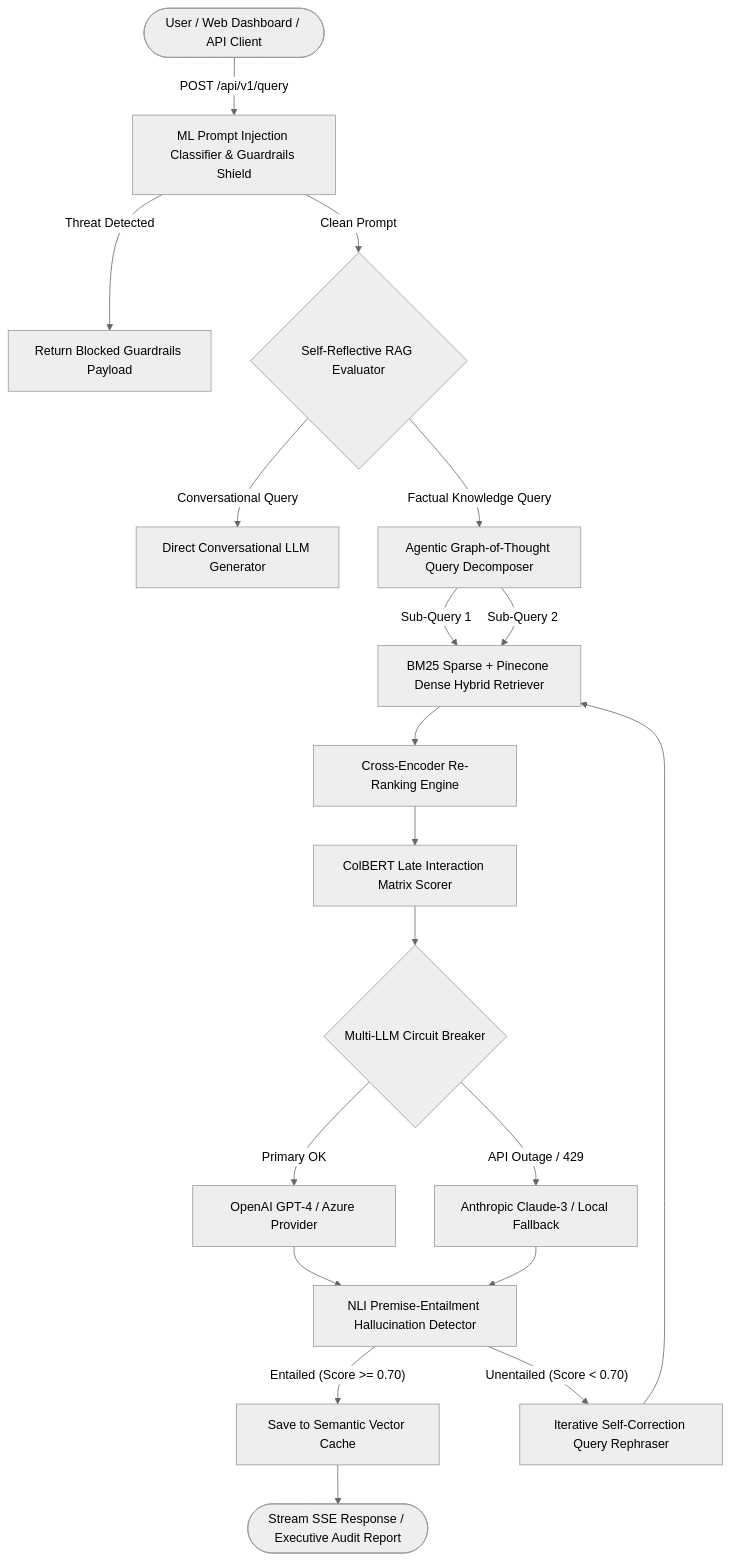
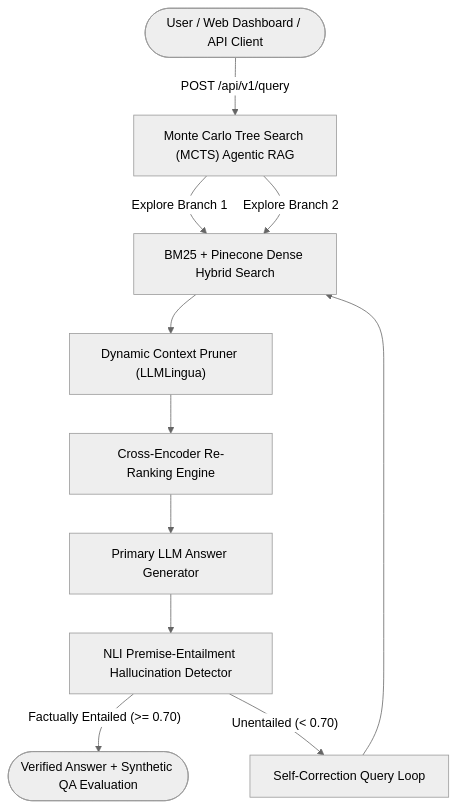
The diagram in README.md (udbhav968-creator/RAG-PROJECT), drawn with Mermaid (neutral theme) before and after one commit. The commit also changed other lines of this file and 8 other files, not shown here.

Commit message:
feat(v8.0): release Frontier RAG 8.0 Suite with MCTS Agentic RAG, LLMLingua Context Pruner, Synthetic QA Generator, and Vision RAG

````diff
--- a/README.md
+++ b/README.md
@@ -37,29 +16,17 @@
 ```mermaid
 flowchart TD
-    User(["User / Web Dashboard / API Client"]) -->|POST /api/v1/query| MLGuard["ML Prompt Injection Classifier & Guardrails Shield"]
+    User(["User / Web Dashboard / API Client"]) -->|POST /api/v1/query| MCTS["Monte Carlo Tree Search (MCTS) Agentic RAG"]
     
-    MLGuard -- "Threat Detected" --> Blocked["Return Blocked Guardrails Payload"]
-    MLGuard -- "Clean Prompt" --> SelfRAG{"Self-Reflective RAG Evaluator"}
+    MCTS -->|Explore Branch 1| HybridSearch["BM25 + Pinecone Dense Hybrid Search"]
+    MCTS -->|Explore Branch 2| HybridSearch
     
-    SelfRAG -- "Conversational Query" --> DirectLLM["Direct Conversational LLM Generator"]
-    SelfRAG -- "Factual Knowledge Query" --> AgenticDecomposer["Agentic Graph-of-Thought Query Decomposer"]
+    HybridSearch --> Pruner["Dynamic Context Pruner (LLMLingua)"]
+    Pruner --> ReRanker["Cross-Encoder Re-Ranking Engine"]
     
-    AgenticDecomposer -->|Sub-Query 1| HybridSearch["BM25 Sparse + Pinecone Dense Hybrid Retriever"]
-    AgenticDecomposer -->|Sub-Query 2| HybridSearch
+    ReRanker --> LLM["Primary LLM Answer Generator"]
+    LLM --> Hallucination["NLI Premise-Entailment Hallucination Detector"]
     
-    HybridSearch --> ReRanker["Cross-Encoder Re-Ranking Engine"]
-    ReRanker --> ColBERT["ColBERT Late Interaction Matrix Scorer"]
-    
-    ColBERT --> PrimaryLLM{"Multi-LLM Circuit Breaker"}
-    PrimaryLLM -- "Primary OK" --> OpenAI["OpenAI GPT-4 / Azure Provider"]
-    PrimaryLLM -- "API Outage / 429" --> BackupLLM["Anthropic Claude-3 / Local Fallback"]
-    
-    OpenAI --> Hallucination["NLI Premise-Entailment Hallucination Detector"]
-    BackupLLM --> Hallucination
-    
-    Hallucination -- "Entailed (Score >= 0.70)" --> CacheSave["Save to Semantic Vector Cache"]
-    Hallucination -- "Unentailed (Score < 0.70)" --> SelfCorrection["Iterative Self-Correction Query Rephraser"]
-    SelfCorrection --> HybridSearch
-    
-    CacheSave --> Response(["Stream SSE Response / Executive Audit Report"])
+    Hallucination -- "Factually Entailed (>= 0.70)" --> Response(["Verified Answer + Synthetic QA Evaluation"])
+    Hallucination -- "Unentailed (< 0.70)" --> Rephrase["Self-Correction Query Loop"]
+    Rephrase --> HybridSearch
 ```
````
